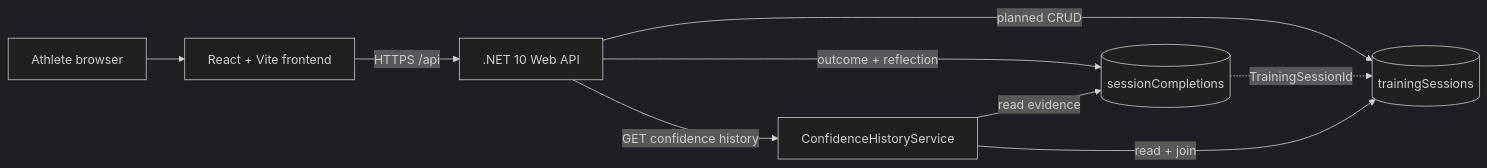
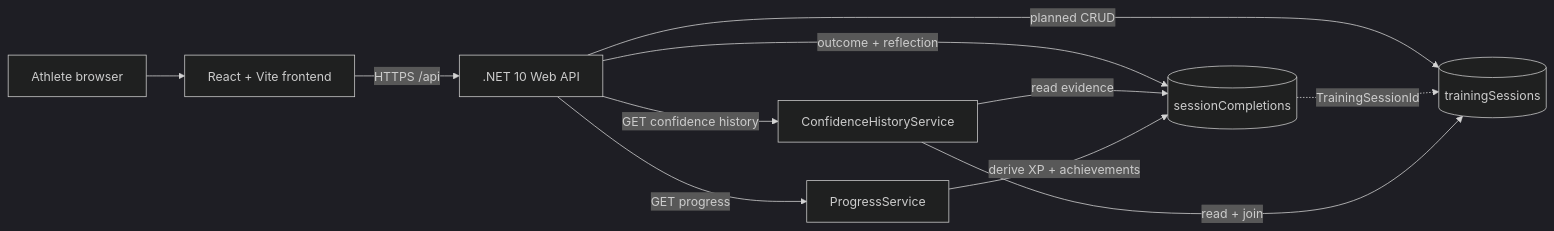
One commit to AryanWalan/TrackRanker changed the diagram in specs/01-technical-architecture.md. Above: the diagram before and after it, drawn with Mermaid (dark theme). The commit also changed other lines of this file and 21 other files, not shown here.

````diff
--- a/specs/01-technical-architecture.md
+++ b/specs/01-technical-architecture.md
@@ -27,11 +27,13 @@
 ```mermaid
 flowchart LR
     Athlete["Athlete browser"] --> Frontend["React + Vite frontend"]
     Frontend -->|"HTTPS /api"| API[".NET 10 Web API"]
     API -->|"planned CRUD"| Sessions[("trainingSessions")]
     API -->|"outcome + reflection"| Completions[("sessionCompletions")]
     Completions -. "TrainingSessionId" .-> Sessions
     API -->|"GET confidence history"| Confidence["ConfidenceHistoryService"]
     Confidence -->|"read + join"| Sessions
     Confidence -->|"read evidence"| Completions
+    API -->|"GET progress"| Progress["ProgressService"]
+    Progress -->|"derive XP + achievements"| Completions
 ```
````
